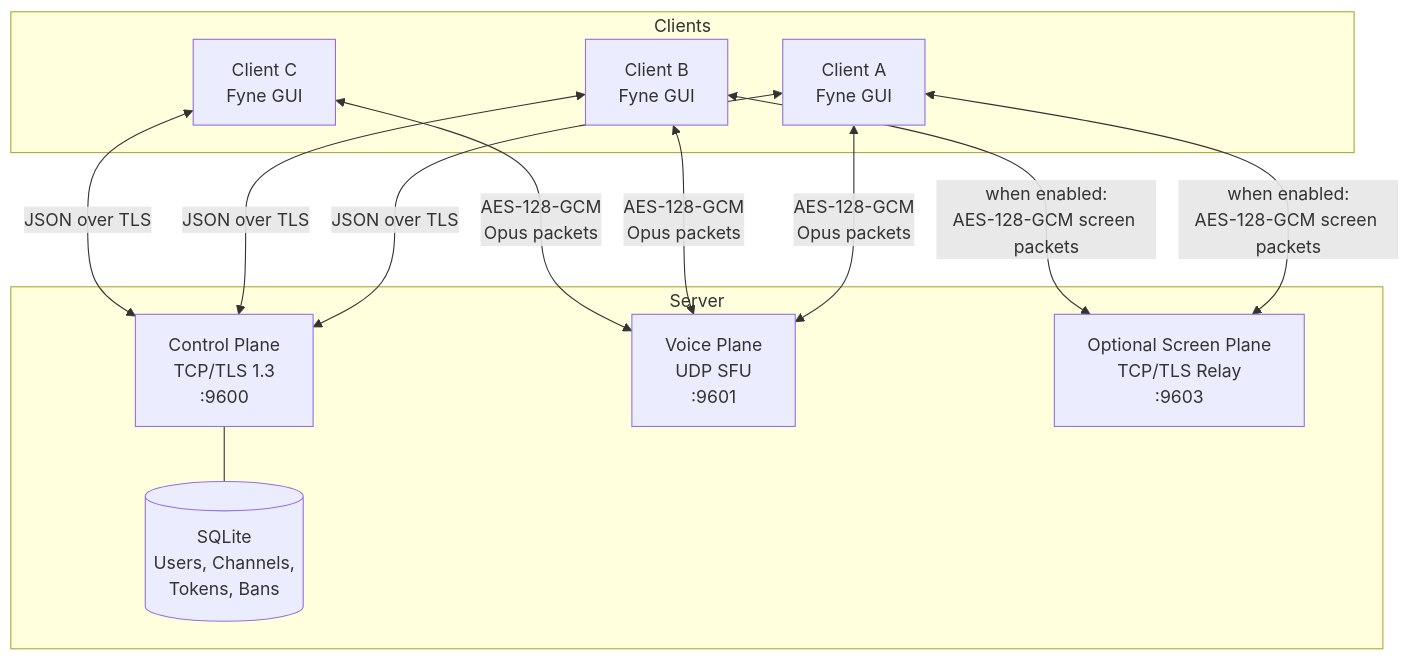
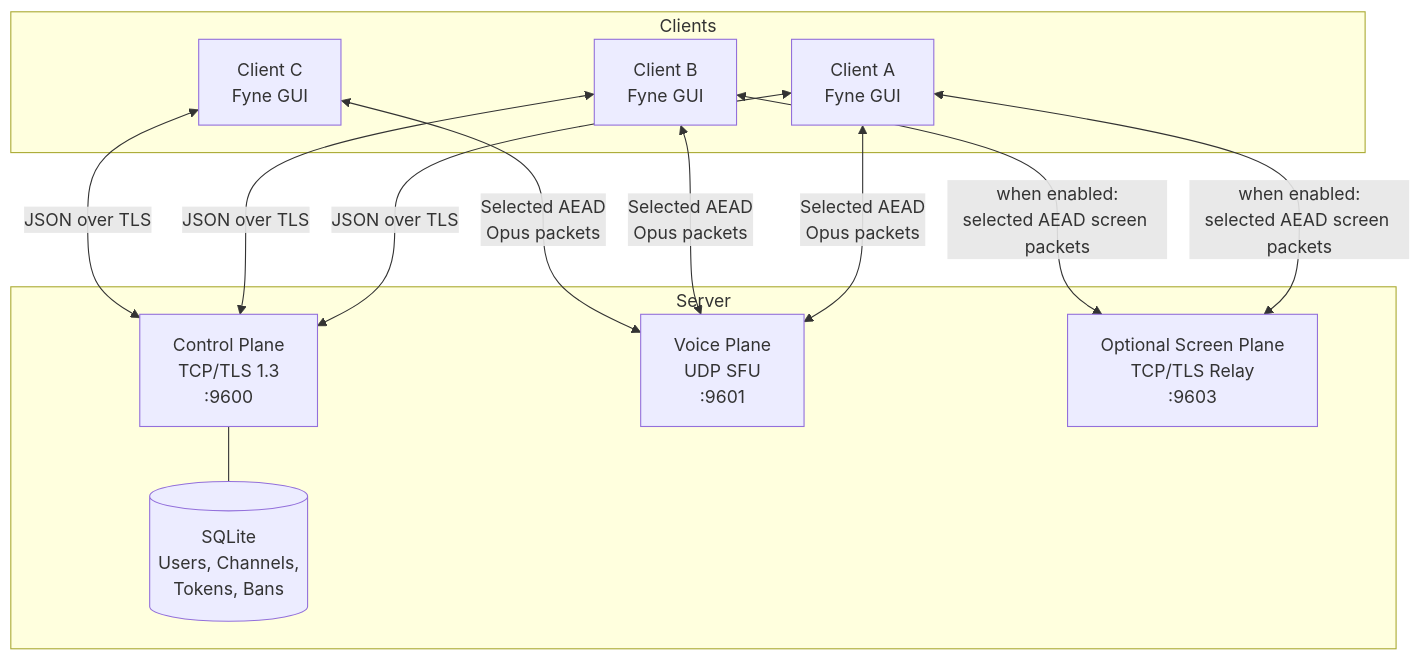
Before and after one commit to NicolasHaas/gospeak: the first of 5 diagrams in docs/architecture.md, drawn with Mermaid. The commit also changed other lines of this file and 32 other files, not shown here.

````diff
--- a/docs/architecture.md
+++ b/docs/architecture.md
@@ -7,28 +7,28 @@
 ```mermaid
 graph TB
     subgraph Clients
         C1[Client A<br/>Fyne GUI]
         C2[Client B<br/>Fyne GUI]
         C3[Client C<br/>Fyne GUI]
     end
 
     subgraph Server
         CTRL[Control Plane<br/>TCP/TLS 1.3<br/>:9600]
         SFU[Voice Plane<br/>UDP SFU<br/>:9601]
         SCR[Optional Screen Plane<br/>TCP/TLS Relay<br/>:9603]
         DB[(SQLite<br/>Users, Channels,<br/>Tokens, Bans)]
     end
 
     C1 <-->|JSON over TLS| CTRL
     C2 <-->|JSON over TLS| CTRL
     C3 <-->|JSON over TLS| CTRL
 
-    C1 <-->|AES-128-GCM<br/>Opus packets| SFU
-    C2 <-->|AES-128-GCM<br/>Opus packets| SFU
-    C3 <-->|AES-128-GCM<br/>Opus packets| SFU
+    C1 <-->|Selected AEAD<br/>Opus packets| SFU
+    C2 <-->|Selected AEAD<br/>Opus packets| SFU
+    C3 <-->|Selected AEAD<br/>Opus packets| SFU
 
-    C1 <-->|when enabled:<br/>AES-128-GCM screen packets| SCR
-    C2 <-->|when enabled:<br/>AES-128-GCM screen packets| SCR
+    C1 <-->|when enabled:<br/>selected AEAD screen packets| SCR
+    C2 <-->|when enabled:<br/>selected AEAD screen packets| SCR
 
     CTRL --- DB
 ```
````
